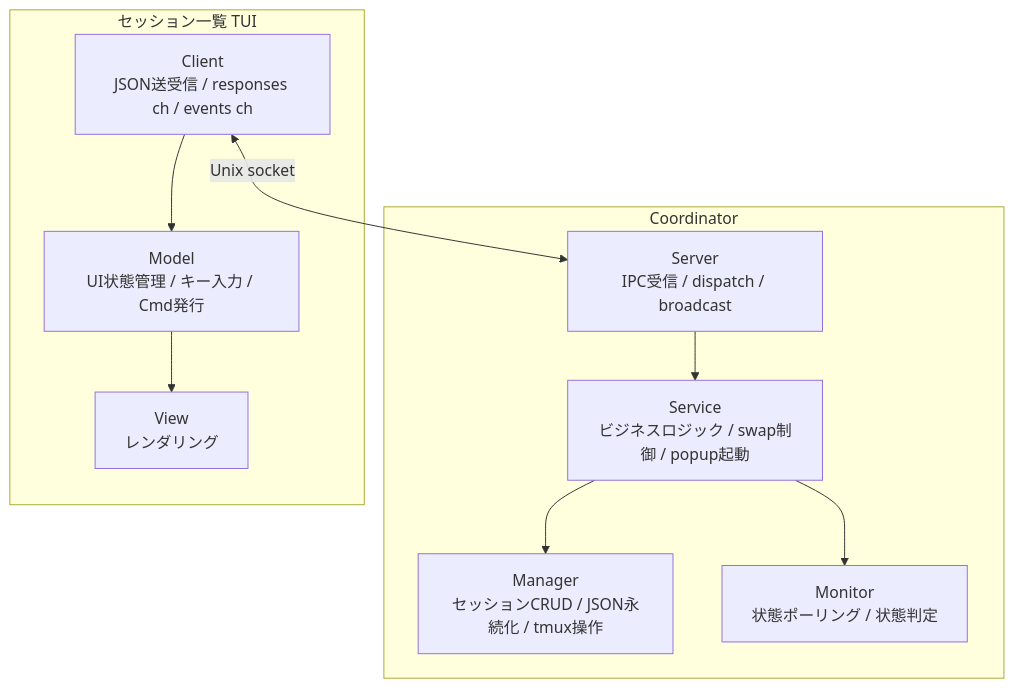
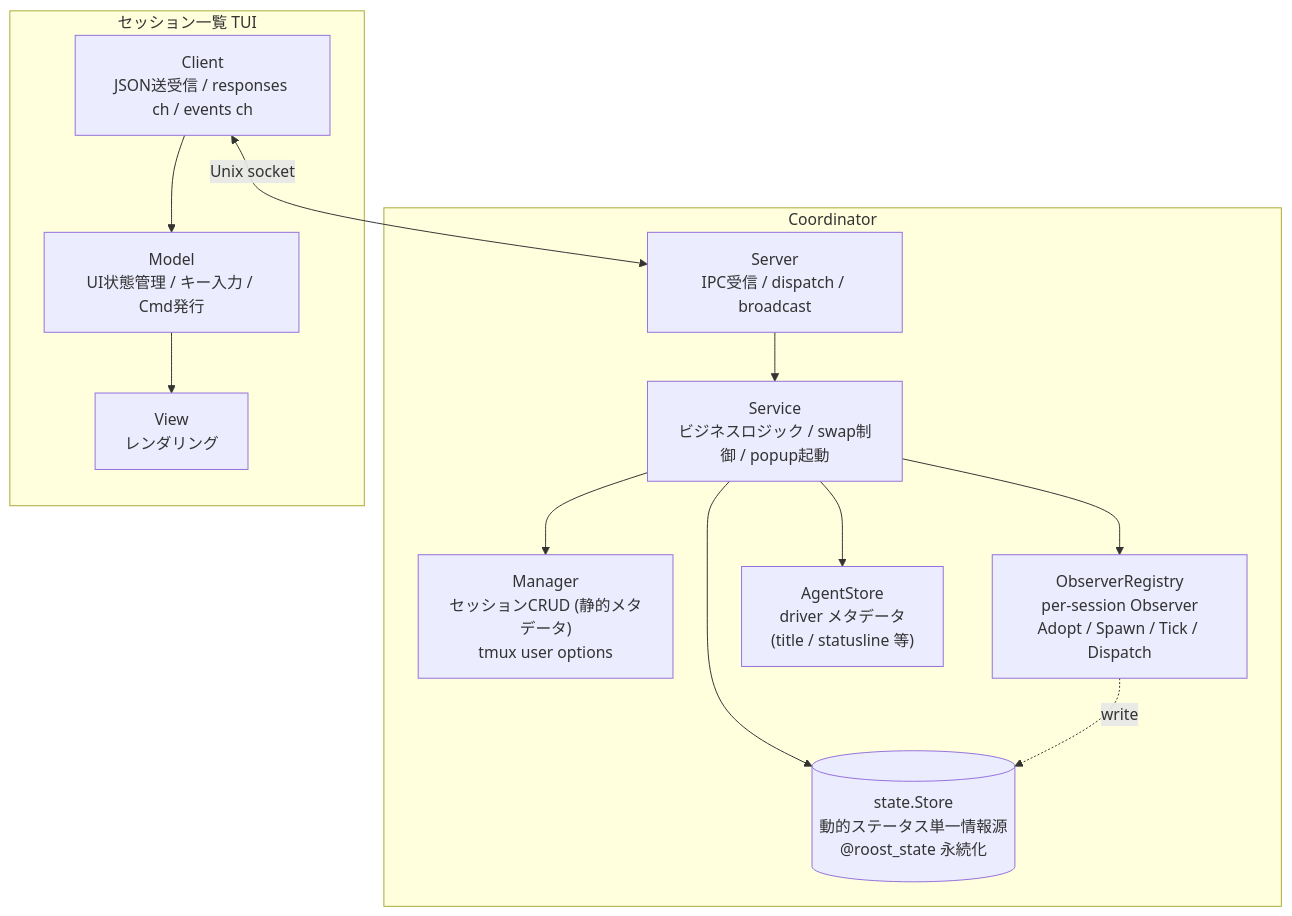
The first of 5 diagrams in ARCHITECTURE.md (takezoh/agent-roost), drawn with Mermaid before and after one commit. The commit also changed other lines of this file and 48 other files, not shown here.

````diff
--- a/ARCHITECTURE.md
+++ b/ARCHITECTURE.md
@@ -241,22 +255,28 @@
 ```mermaid
 flowchart TB
     subgraph main["Coordinator"]
         Server["Server<br/>IPC受信 / dispatch / broadcast"]
         Service["Service<br/>ビジネスロジック / swap制御 / popup起動"]
-        Manager["Manager<br/>セッションCRUD / JSON永続化 / tmux操作"]
-        Monitor["Monitor<br/>状態ポーリング / 状態判定"]
+        Manager["Manager<br/>セッションCRUD (静的メタデータ)<br/>tmux user options"]
+        Observers["ObserverRegistry<br/>per-session Observer<br/>Adopt / Spawn / Tick / Dispatch"]
+        States[("state.Store<br/>動的ステータス単一情報源<br/>@roost_state 永続化")]
+        Agents["AgentStore<br/>driver メタデータ<br/>(title / statusline 等)"]
 
-        Server --> Service --> Manager
-        Service --> Monitor
+        Server --> Service
+        Service --> Manager
+        Service --> Observers
+        Service --> Agents
+        Service --> States
+        Observers -.write.-> States
     end
 
     subgraph tui["セッション一覧 TUI"]
         Client["Client<br/>JSON送受信 / responses ch / events ch"]
         Model["Model<br/>UI状態管理 / キー入力 / Cmd発行"]
         View["View<br/>レンダリング"]
 
         Client --> Model --> View
     end
 
     Client <-->|Unix socket| Server
 ```
````
